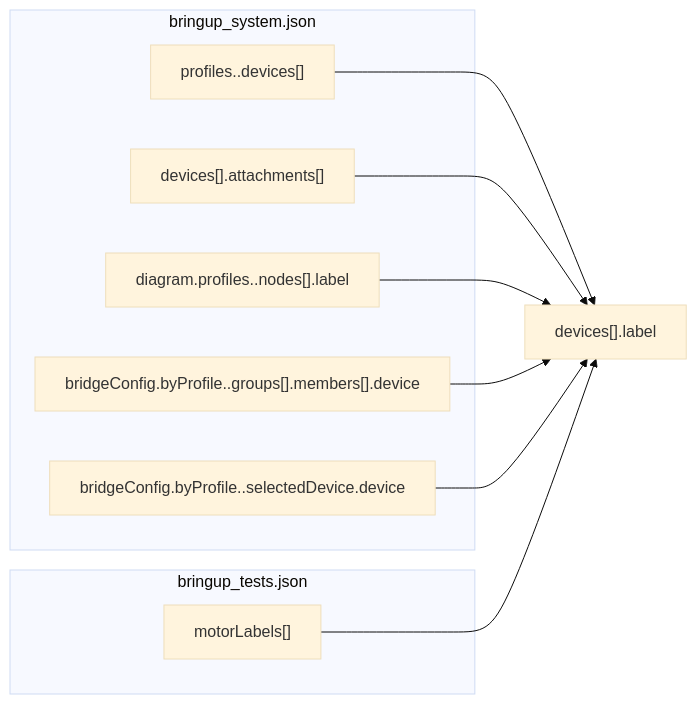
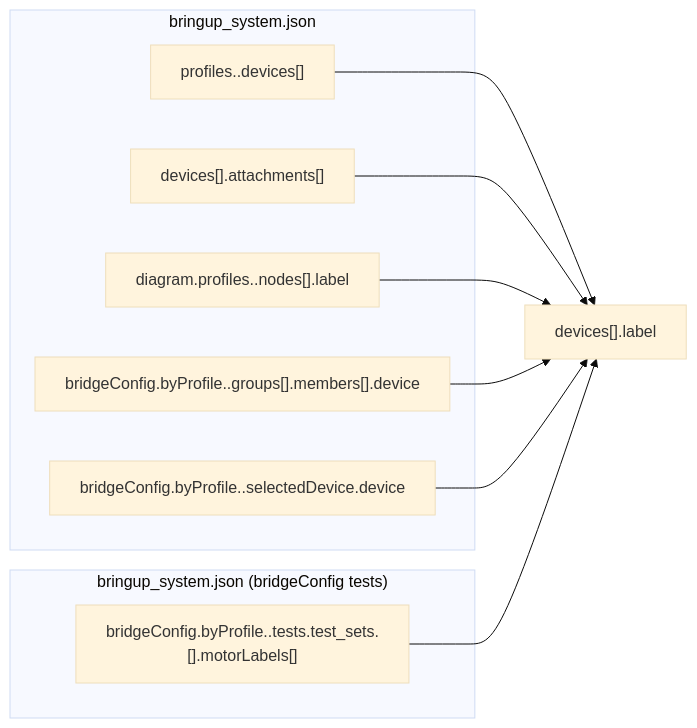
Before and after one commit to dmonachello/swerveBringupMotorTest1: the diagram in docs/bringup_label_links.md, drawn with Mermaid (base theme). The commit also changed 43 other files, not shown here.

````diff
--- a/docs/bringup_label_links.md
+++ b/docs/bringup_label_links.md
@@ -5,23 +5,23 @@
 ```mermaid
 flowchart LR
     DeviceRegistry["devices[].label"]
 
     subgraph Config["bringup_system.json"]
         ProfileDevices["profiles.<name>.devices[]"]
         Attachments["devices[].attachments[]"]
         DiagramNodes["diagram.profiles.<name>.nodes[].label"]
         GroupMembers["bridgeConfig.byProfile.<name>.groups[].members[].device"]
         SelectedDevice["bridgeConfig.byProfile.<name>.selectedDevice.device"]
     end
 
-    subgraph Tests["bringup_tests.json"]
-        TestMotorLabels["motorLabels[]"]
+    subgraph Tests["bringup_system.json (bridgeConfig tests)"]
+        TestMotorLabels["bridgeConfig.byProfile.<name>.tests.test_sets.<set>[].motorLabels[]"]
     end
 
     ProfileDevices --> DeviceRegistry
     Attachments --> DeviceRegistry
     DiagramNodes --> DeviceRegistry
     GroupMembers --> DeviceRegistry
     SelectedDevice --> DeviceRegistry
     TestMotorLabels --> DeviceRegistry
 ```
````
